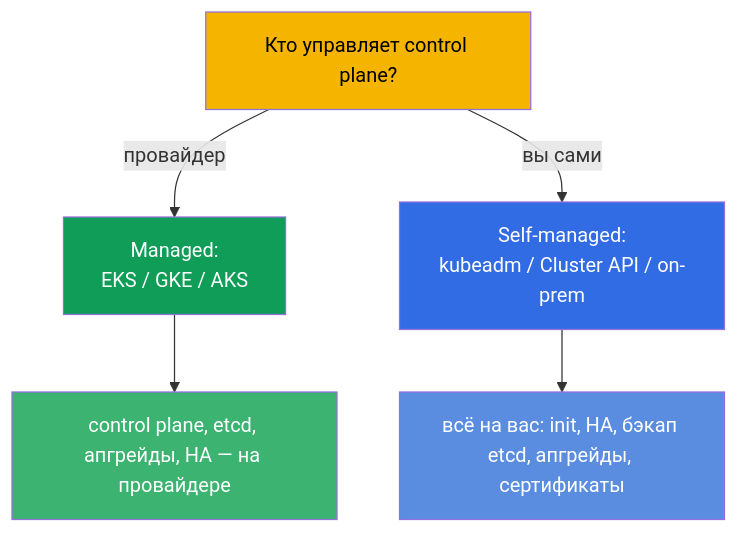
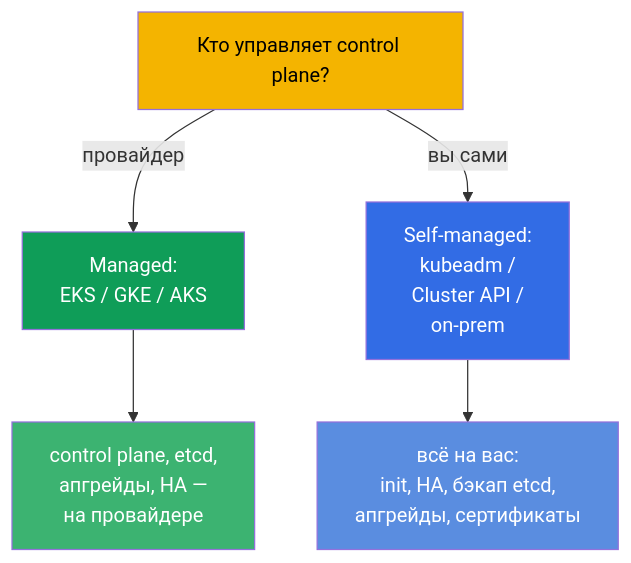
One commit to ViktorUJ/cks changed the first of 4 diagrams in tasks/cka/course/35-3-design/ru.md. Above: the diagram before and after it, drawn with Mermaid. The commit also changed other lines of this file and 30 other files, not shown here.

````diff
--- a/tasks/cka/course/35-3-design/ru.md
+++ b/tasks/cka/course/35-3-design/ru.md
@@ -17,13 +17,13 @@
 ```mermaid
 flowchart TB
     q["Кто управляет control plane?"]
     q -->|"провайдер"| m["Managed:<br>EKS / GKE / AKS"]
-    q -->|"вы сами"| s["Self-managed:<br>kubeadm / Cluster API / on-prem"]
-    m --> mpro["control plane, etcd, апгрейды, HA — на провайдере"]
-    s --> spro["всё на вас: init, HA, бэкап etcd, апгрейды, сертификаты"]
+    q -->|"вы сами"| s["Self-managed:<br>kubeadm /<br>Cluster API /<br>on-prem"]
+    m --> mpro["control plane, etcd,<br>апгрейды, HA —<br>на провайдере"]
+    s --> spro["всё на вас:<br>init, HA, бэкап etcd,<br>апгрейды, сертификаты"]
     style q fill:#f4b400,color:#000
     style m fill:#0f9d58,color:#fff
     style s fill:#326ce5,color:#fff
     style mpro fill:#3cb371,color:#fff
     style spro fill:#5a8de0,color:#fff
 ```
````
